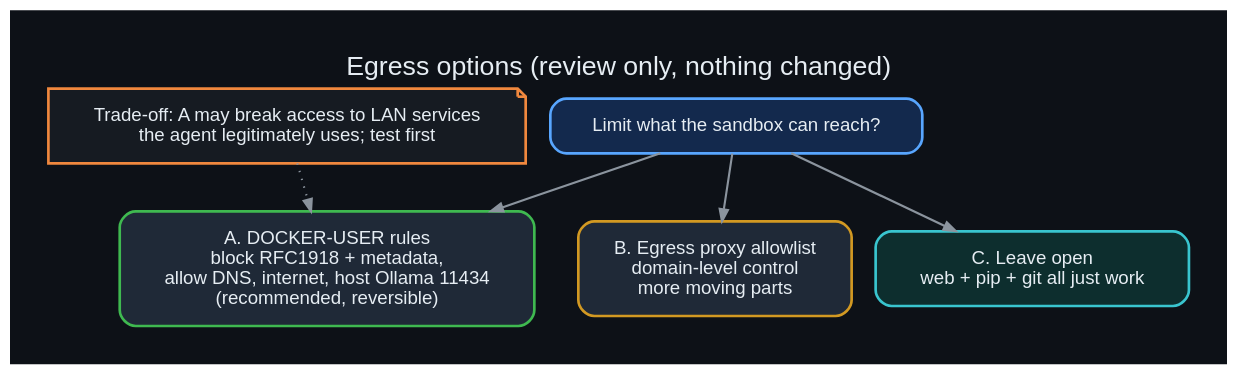
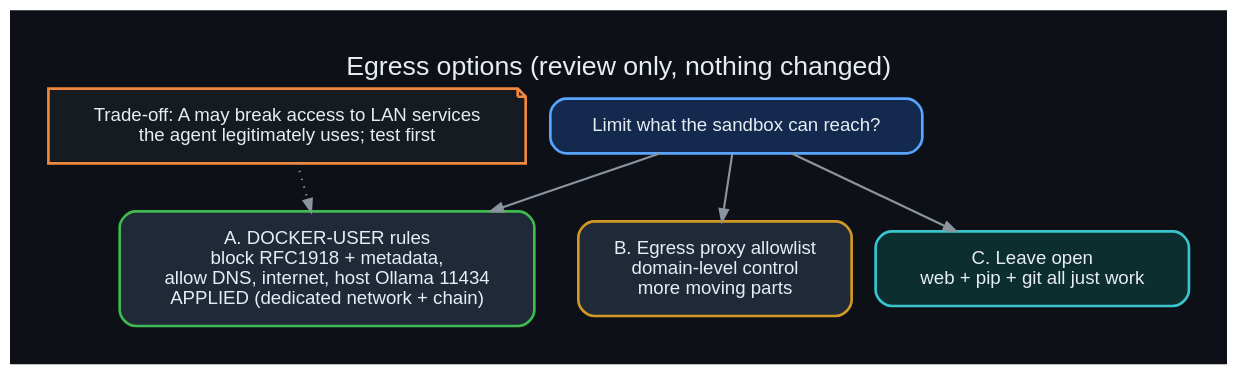
Before and after one commit to danindiana/hermes-web-search-ddgs: the diagram in diagrams/32_egress_options.dot, drawn with Graphviz. The commit also changed 23 other files, not shown here.

Commit message:
Apply and document sandbox egress policy (dedicated network, DOCKER-USER chain, systemd unit); diagrams 39-42

```diff
--- a/diagrams/32_egress_options.dot
+++ b/diagrams/32_egress_options.dot
@@ -1,13 +1,13 @@
 digraph g {
 graph [bgcolor="#0d1117", rankdir=LR, fontname="Helvetica", fontcolor="#e6edf3", labelloc="t", fontsize=20, pad=0.4];
 node  [fontname="Helvetica", fontcolor="#e6edf3", color="#30363d", style="filled,rounded", shape=box, penwidth=2, margin="0.25,0.18", fillcolor="#161b22"];
 edge  [color="#8b949e", fontname="Helvetica", fontcolor="#adbac7", penwidth=1.6, arrowsize=0.9];
 label="Egress options (review only, nothing changed)";
 rankdir=TB;
 q [label="Limit what the sandbox can reach?", color="#58a6ff", fillcolor="#13294d"];
-a [label="A. DOCKER-USER rules\nblock RFC1918 + metadata,\nallow DNS, internet, host Ollama 11434\n(recommended, reversible)", color="#3fb950", fillcolor="#1f2937"];
+a [label="A. DOCKER-USER rules\nblock RFC1918 + metadata,\nallow DNS, internet, host Ollama 11434\nAPPLIED (dedicated network + chain)", color="#3fb950", fillcolor="#1f2937"];
 b [label="B. Egress proxy allowlist\ndomain-level control\nmore moving parts", color="#d29922", fillcolor="#1f2937"];
 c [label="C. Leave open\nweb + pip + git all just work", color="#39c5cf", fillcolor="#0d2e2e"];
 r [label="Trade-off: A may break access to LAN services\nthe agent legitimately uses; test first", color="#f0883e", shape=note];
 q->a; q->b; q->c; r->a [style=dotted];
 }
```
